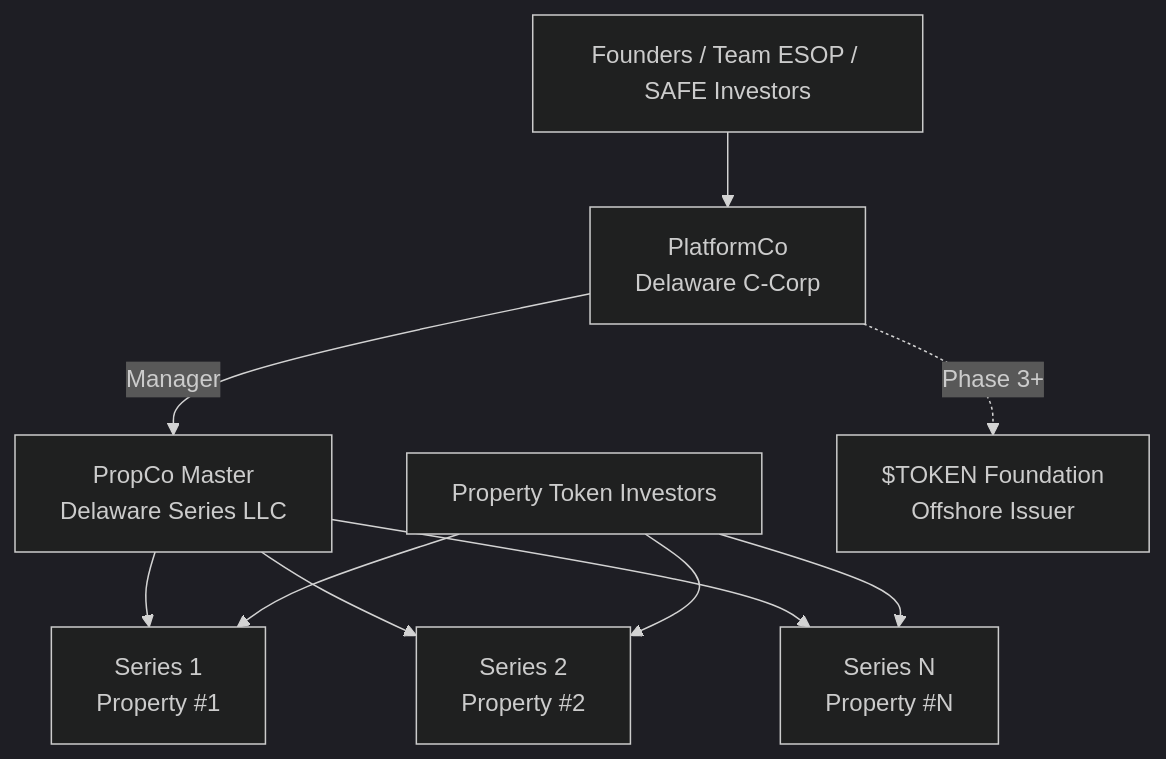
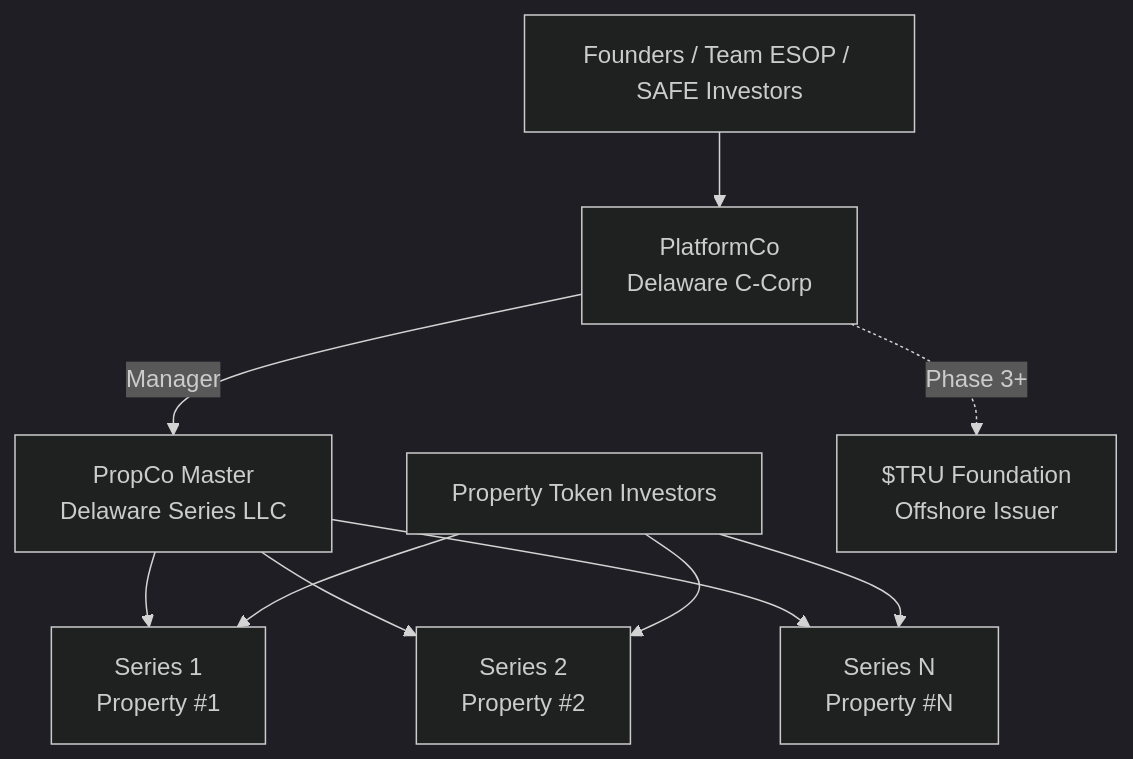
Before and after one commit to Gur-noor/Property-United: the diagram in docs/corporate-structure.md, drawn with Mermaid (dark theme). The commit also changed other lines of this file and 10 other files, not shown here.

First line of the commit message:
Whitepaper v1.1: restore two-track/onboarding framing, fix token-name ($TRU) and phase (3+) consistency

````diff
--- a/docs/corporate-structure.md
+++ b/docs/corporate-structure.md
@@ -14,12 +14,12 @@
 ```mermaid
 graph TD
     A[Founders / Team ESOP / SAFE Investors] --> B[PlatformCo<br/>Delaware C-Corp]
     B -->|Manager| C[PropCo Master<br/>Delaware Series LLC]
     C --> D[Series 1<br/>Property #1]
     C --> E[Series 2<br/>Property #2]
     C --> F[Series N<br/>Property #N]
     G[Property Token Investors] --> D
     G --> E
     G --> F
-    B -.->|Phase 3+| H[$TOKEN Foundation<br/>Offshore Issuer]
+    B -.->|Phase 3+| H[$TRU Foundation<br/>Offshore Issuer]
 ```
````
